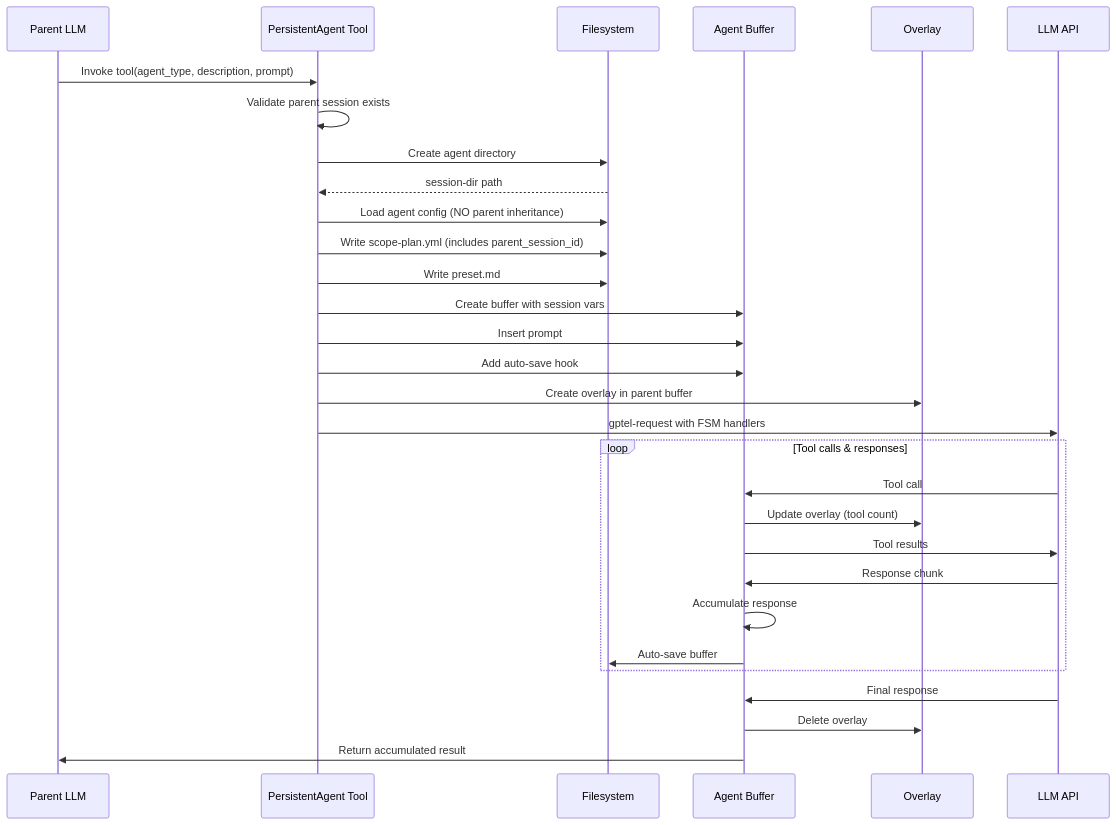
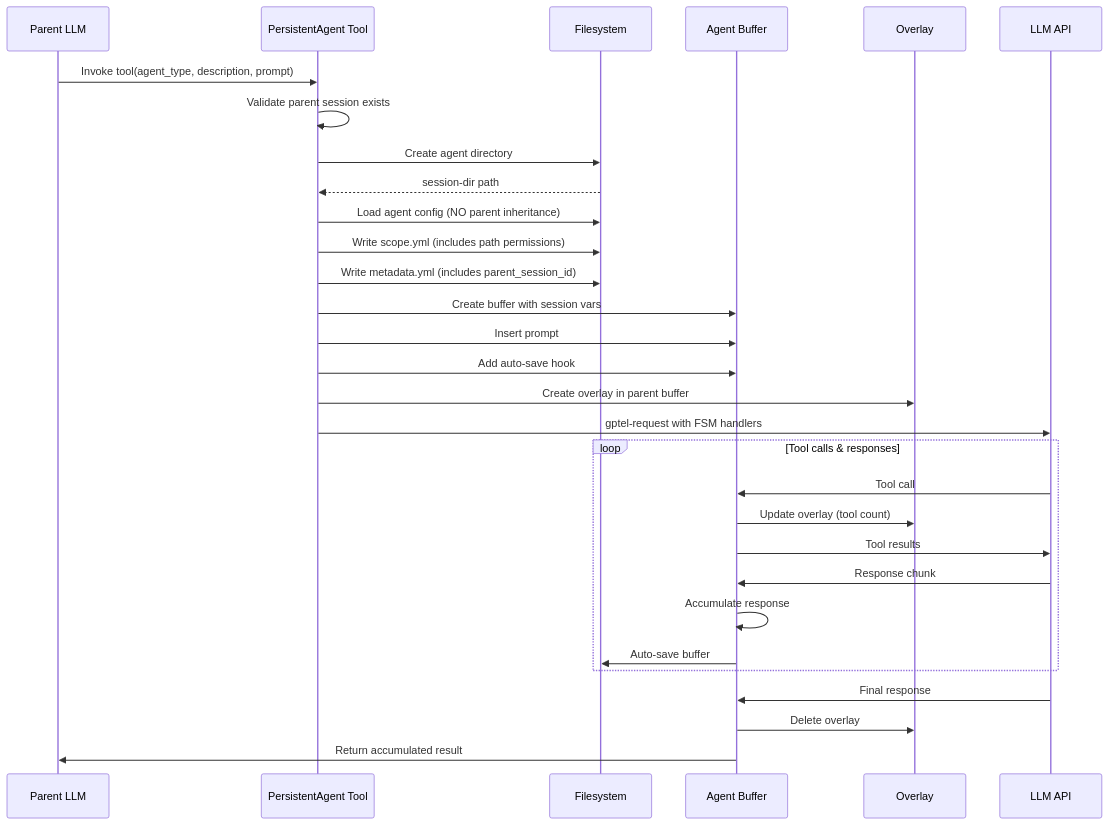
The second of 3 diagrams in config/gptel/tools/persistent-agent.org (moogah/emacs), drawn with Mermaid before and after one commit. The commit also changed other lines of this file and 11 other files, not shown here.

First line of the commit message:
Update stale documentation: preset.md, scope-plan.yml, gptel-agent references

```diff
--- a/config/gptel/tools/persistent-agent.org
+++ b/config/gptel/tools/persistent-agent.org
@@ -109,39 +109,39 @@
 #+begin_src mermaid
 sequenceDiagram
     participant P as Parent LLM
     participant T as PersistentAgent Tool
     participant FS as Filesystem
     participant B as Agent Buffer
     participant O as Overlay
     participant API as LLM API
 
     P->>T: Invoke tool(agent_type, description, prompt)
     T->>T: Validate parent session exists
     T->>FS: Create agent directory
     FS-->>T: session-dir path
 
     T->>FS: Load agent config (NO parent inheritance)
-    T->>FS: Write scope-plan.yml (includes parent_session_id)
-    T->>FS: Write preset.md
+    T->>FS: Write scope.yml (includes path permissions)
+    T->>FS: Write metadata.yml (includes parent_session_id)
 
     T->>B: Create buffer with session vars
     T->>B: Insert prompt
     T->>B: Add auto-save hook
 
     T->>O: Create overlay in parent buffer
 
     T->>API: gptel-request with FSM handlers
 
     loop Tool calls & responses
         API->>B: Tool call
         B->>O: Update overlay (tool count)
         B->>API: Tool results
         API->>B: Response chunk
         B->>B: Accumulate response
         B->>FS: Auto-save buffer
     end
 
     API->>B: Final response
     B->>O: Delete overlay
     B->>P: Return accumulated result
 #+end_src
```
